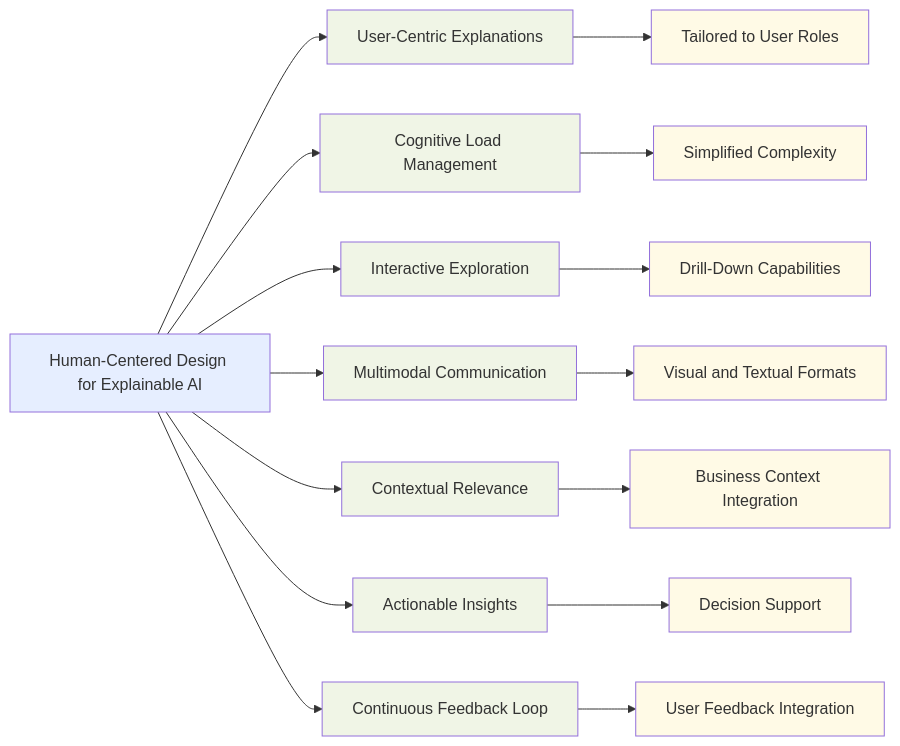
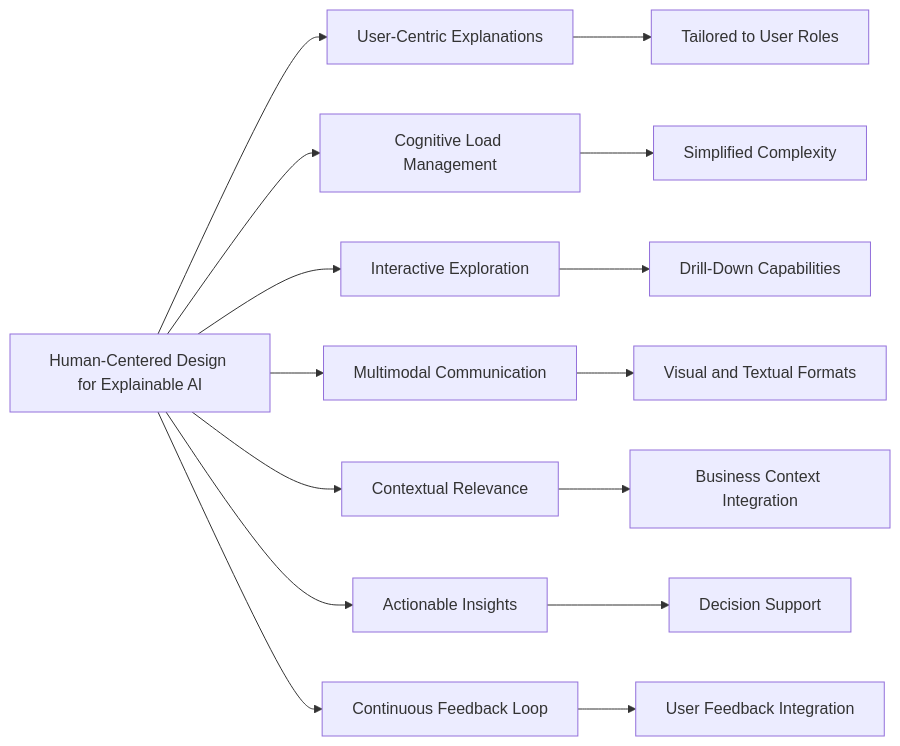
The fourth of 4 diagrams in english/40_20_Transparent_and_Explainable_Models.md (CloudCityPress/aws-aif-c01), drawn with Mermaid before and after one commit. The commit also changed other lines of this file and 16 other files, not shown here.

Commit message:
updating Mermaids

````diff
--- a/english/40_20_Transparent_and_Explainable_Models.md
+++ b/english/40_20_Transparent_and_Explainable_Models.md
@@ -227,32 +189,17 @@
 ```mermaid
 flowchart LR
     A[Human-Centered Design for Explainable AI] --> B[User-Centric Explanations]
     A --> C[Cognitive Load Management]
     A --> D[Interactive Exploration]
     A --> E[Multimodal Communication]
     A --> F[Contextual Relevance]
     A --> G[Actionable Insights]
     A --> H[Continuous Feedback Loop]
     B --> I[Tailored to User Roles]
     C --> J[Simplified Complexity]
     D --> K[Drill-Down Capabilities]
     E --> L[Visual and Textual Formats]
     F --> M[Business Context Integration]
     G --> N[Decision Support]
     H --> O[User Feedback Integration]
-    style A fill:#e6eeff
-    style B fill:#f0f5e6
-    style C fill:#f0f5e6
-    style D fill:#f0f5e6
-    style E fill:#f0f5e6
-    style F fill:#f0f5e6
-    style G fill:#f0f5e6
-    style H fill:#f0f5e6
-    style I fill:#fffae6
-    style J fill:#fffae6
-    style K fill:#fffae6
-    style L fill:#fffae6
-    style M fill:#fffae6
-    style N fill:#fffae6
-    style O fill:#fffae6
 ```
````
